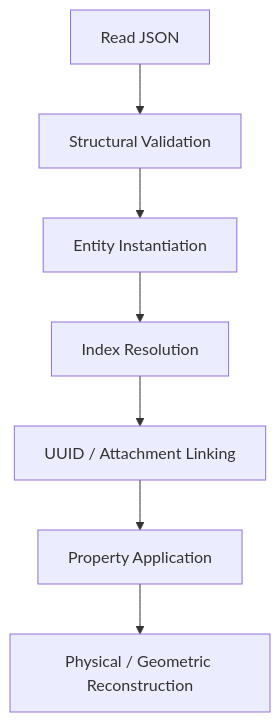
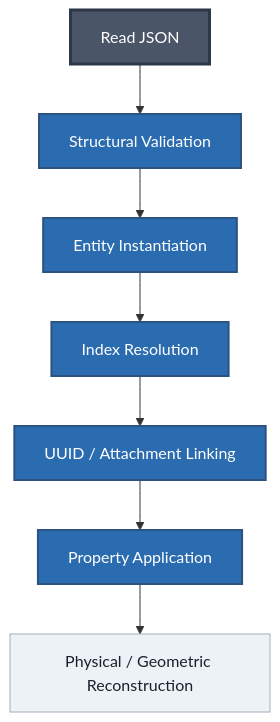
The tenth of 12 diagrams in SPECIFICATION.md (JuanCrakYT/RtG-Format), drawn with Mermaid before and after one commit. The commit also changed other lines of this file and 1 other file, not shown here.

Commit message:
Starting Mermaid

````diff
--- a/SPECIFICATION.md
+++ b/SPECIFICATION.md
@@ -559,9 +651,17 @@
 ```mermaid
 flowchart TD
     A["Read JSON"] --> B["Structural Validation"]
     B --> C["Entity Instantiation"]
     C --> D["Index Resolution"]
     D --> E["UUID / Attachment Linking"]
     E --> F["Property Application"]
     F --> G["Physical / Geometric Reconstruction"]
+
+    classDef root fill:#4a5568,color:#fff,stroke:#2d3748,stroke-width:3px;
+    classDef branch fill:#2b6cb0,color:#fff,stroke:#2c5282,stroke-width:2px;
+    classDef detail fill:#edf2f7,color:#1a202c,stroke:#a0aec0;
+
+    class A root;
+    class B,C,D,E,F branch;
+    class G detail;
 ```
````
